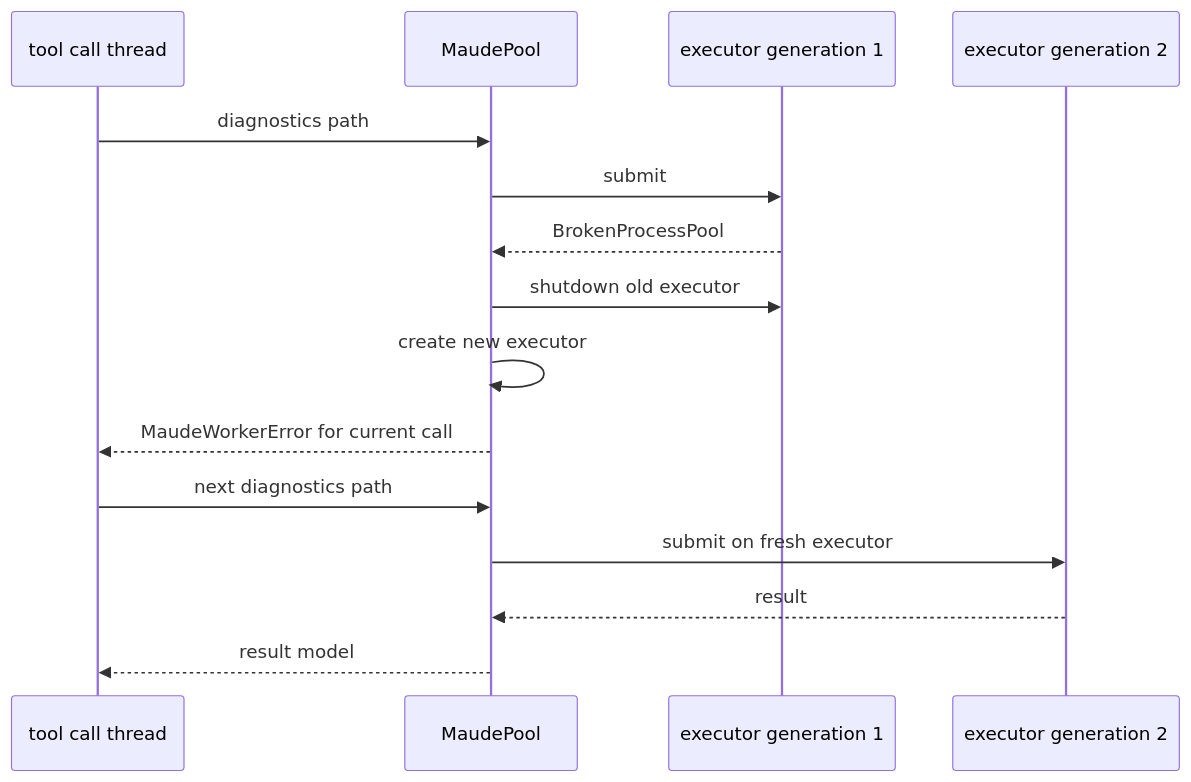
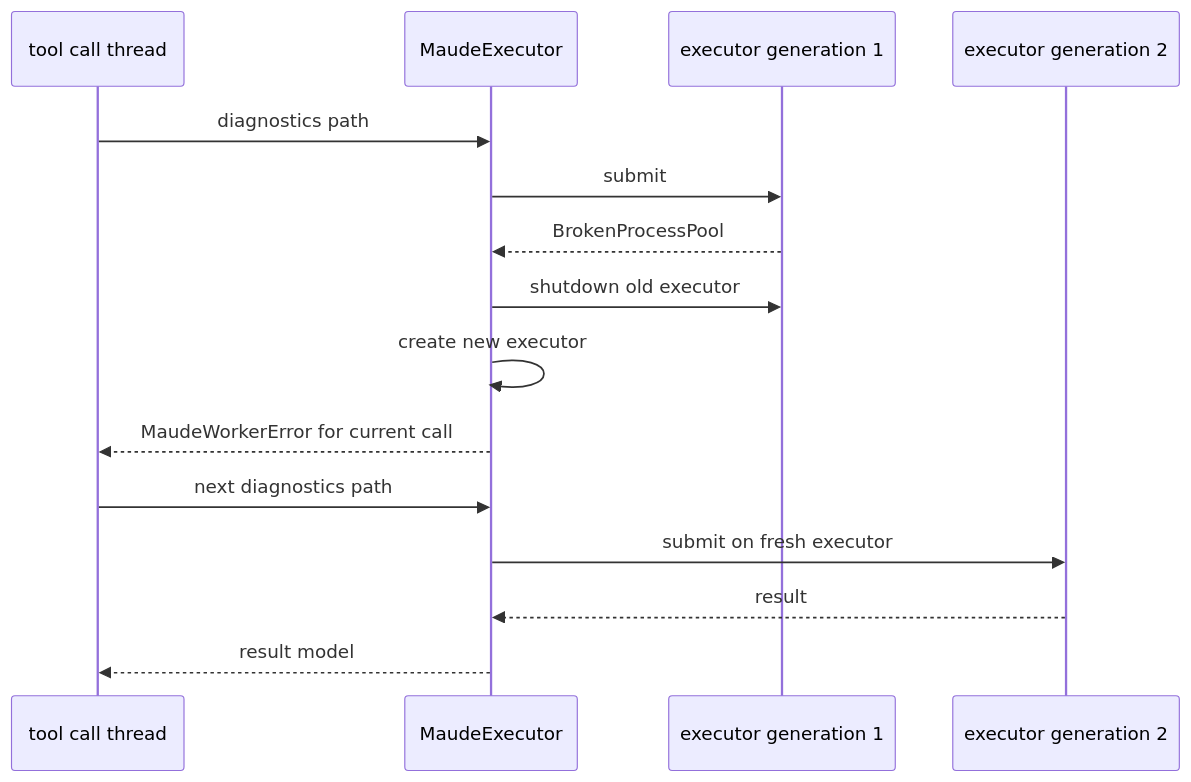
The fourth of 5 diagrams in harold-mcp/.agents/planning/maude-diagnostics-tool-v1/design/detailed-design.md (demiourgoi/Harold), drawn with Mermaid before and after one commit. The commit also changed other lines of this file and 1 other file, not shown here.

````diff
--- a/harold-mcp/.agents/planning/maude-diagnostics-tool-v1/design/detailed-design.md
+++ b/harold-mcp/.agents/planning/maude-diagnostics-tool-v1/design/detailed-design.md
@@ -136,17 +146,17 @@
 ```mermaid
 sequenceDiagram
     participant T as tool call thread
-    participant P as MaudePool
+    participant P as MaudeExecutor
     participant E as executor generation 1
     participant E2 as executor generation 2
     T->>P: diagnostics path
     P->>E: submit
     E-->>P: BrokenProcessPool
     P->>E: shutdown old executor
     P->>P: create new executor
     P-->>T: MaudeWorkerError for current call
     T->>P: next diagnostics path
     P->>E2: submit on fresh executor
     E2-->>P: result
     P-->>T: result model
 ```
````
